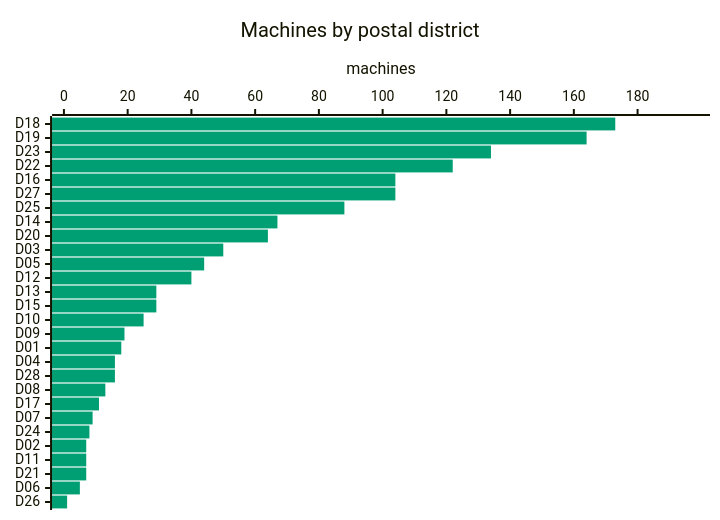
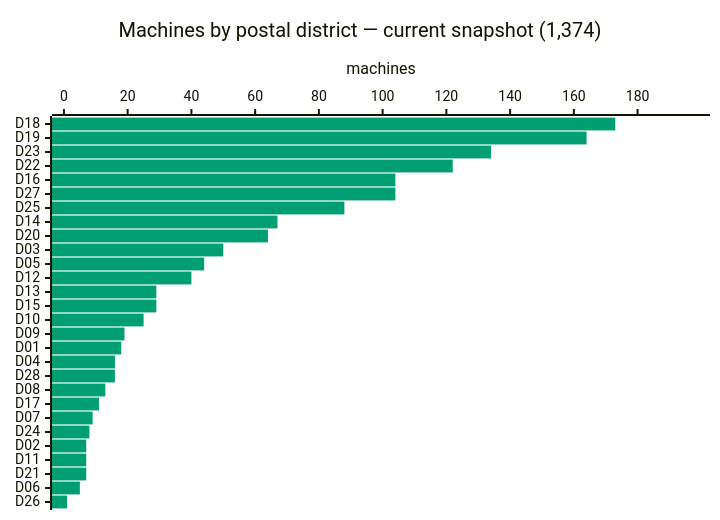
One commit to cheeaun/returnright-data changed the third of 5 diagrams in ANALYSIS.md. Above: the diagram before and after it, drawn with Mermaid. The commit also changed other lines of this file and 1 other file, not shown here.

````diff
--- a/ANALYSIS.md
+++ b/ANALYSIS.md
@@ -84,16 +90,16 @@
 ```mermaid
 ---
 config:
   themeVariables:
     xyChart:
       plotColorPalette: "#009E73"
   xyChart:
     chartOrientation: "horizontal"
     plotReservedSpacePercent: 40
 ---
 xychart-beta
-    title "Machines by postal district"
+    title "Machines by postal district — current snapshot (1,374)"
     x-axis ["D18", "D19", "D23", "D22", "D16", "D27", "D25", "D14", "D20", "D03", "D05", "D12", "D13", "D15", "D10", "D09", "D01", "D04", "D28", "D08", "D17", "D07", "D24", "D02", "D11", "D21", "D06", "D26"]
     y-axis "machines" 0 --> 199
     bar [173, 164, 134, 122, 104, 104, 88, 67, 64, 50, 44, 40, 29, 29, 25, 19, 18, 16, 16, 13, 11, 9, 8, 7, 7, 7, 5, 1]
 ```
````
